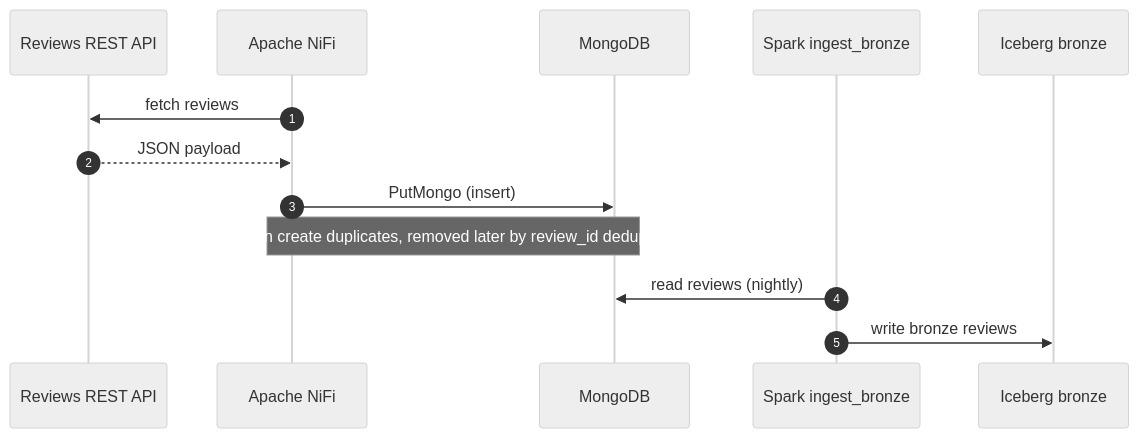
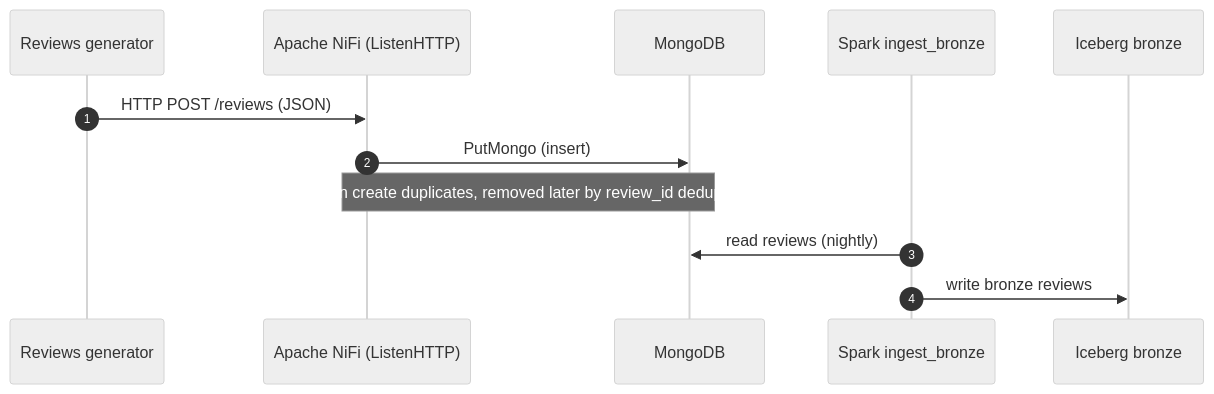
The third of 5 diagrams in docs/SEQUENCE_DIAGRAMS.md (Mr-Number-One-Learning/dataone), drawn with Mermaid (neutral theme) before and after one commit. The commit also changed other lines of this file and 22 other files, not shown here.

````diff
--- a/docs/SEQUENCE_DIAGRAMS.md
+++ b/docs/SEQUENCE_DIAGRAMS.md
@@ -95,16 +98,15 @@
 ```mermaid
 sequenceDiagram
     autonumber
-    participant API as Reviews REST API
-    participant NiFi as Apache NiFi
+    participant Gen as Reviews generator
+    participant NiFi as Apache NiFi (ListenHTTP)
     participant Mongo as MongoDB
     participant Spark as Spark ingest_bronze
     participant Ice as Iceberg bronze
 
-    NiFi->>API: fetch reviews
-    API-->>NiFi: JSON payload
+    Gen->>NiFi: HTTP POST /reviews (JSON)
     NiFi->>Mongo: PutMongo (insert)
     Note over NiFi,Mongo: replays can create duplicates, removed later by review_id dedupe in silver
     Spark->>Mongo: read reviews (nightly)
     Spark->>Ice: write bronze reviews
 ```
````
